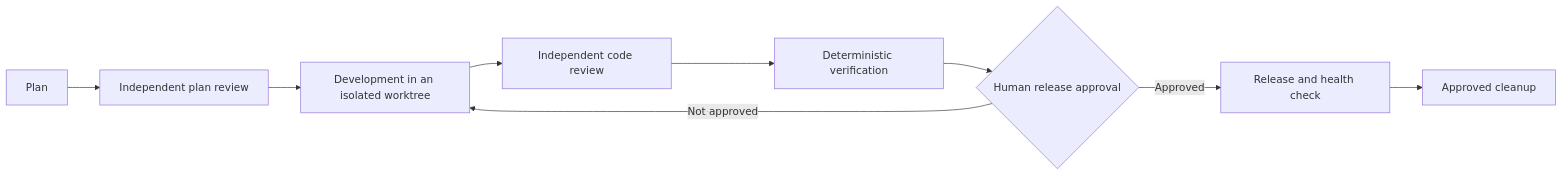
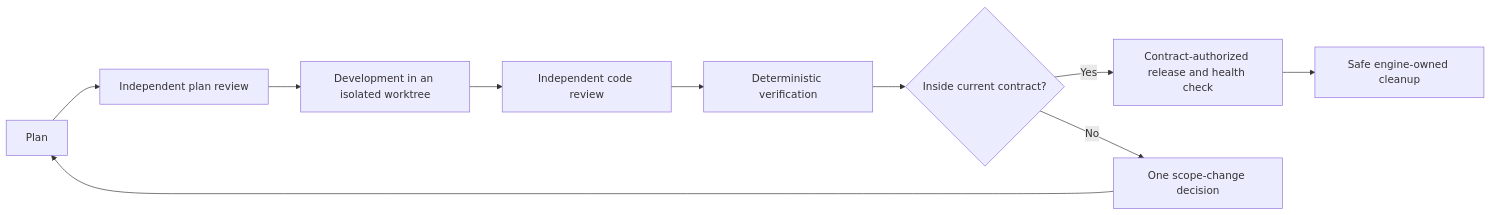
One commit to Aidenwu0209/agent-ship-flow changed the diagram in README.md. Above: the diagram before and after it, drawn with Mermaid. The commit also changed other lines of this file and 14 other files, not shown here.

Commit message:
docs: explain scope-authorized autonomy

````diff
--- a/README.md
+++ b/README.md
@@ -33,11 +32,12 @@
 ```mermaid
 flowchart LR
   P[Plan] --> PC[Independent plan review]
   PC --> D[Development in an isolated worktree]
   D --> CR[Independent code review]
   CR --> V[Deterministic verification]
-  V --> H{Human release approval}
-  H -->|Approved| R[Release and health check]
-  H -->|Not approved| D
-  R --> C[Approved cleanup]
+  V --> S{Inside current contract?}
+  S -->|Yes| R[Contract-authorized release and health check]
+  R --> C[Safe engine-owned cleanup]
+  S -->|No| H[One scope-change decision]
+  H --> P
 ```
````
